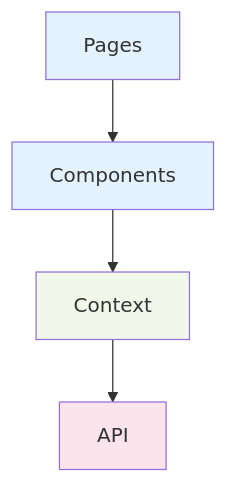
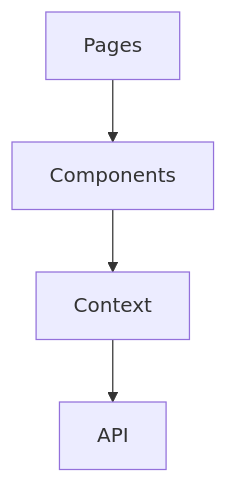
The fourth of 4 diagrams in README.md (joevtap/techlab25), drawn with Mermaid before and after one commit. The commit also changed other lines of this file and 3 other files, not shown here.

````diff
--- a/README.md
+++ b/README.md
@@ -189,14 +182,6 @@
 ```mermaid
 graph TB
     Pages --> Components
     Components --> Context
     Context --> API
-
-    classDef ui fill:#e3f2fd
-    classDef state fill:#f1f8e9
-    classDef data fill:#fce4ec
-
-    class Pages,Components ui
-    class Context state
-    class API data
 ```
````
